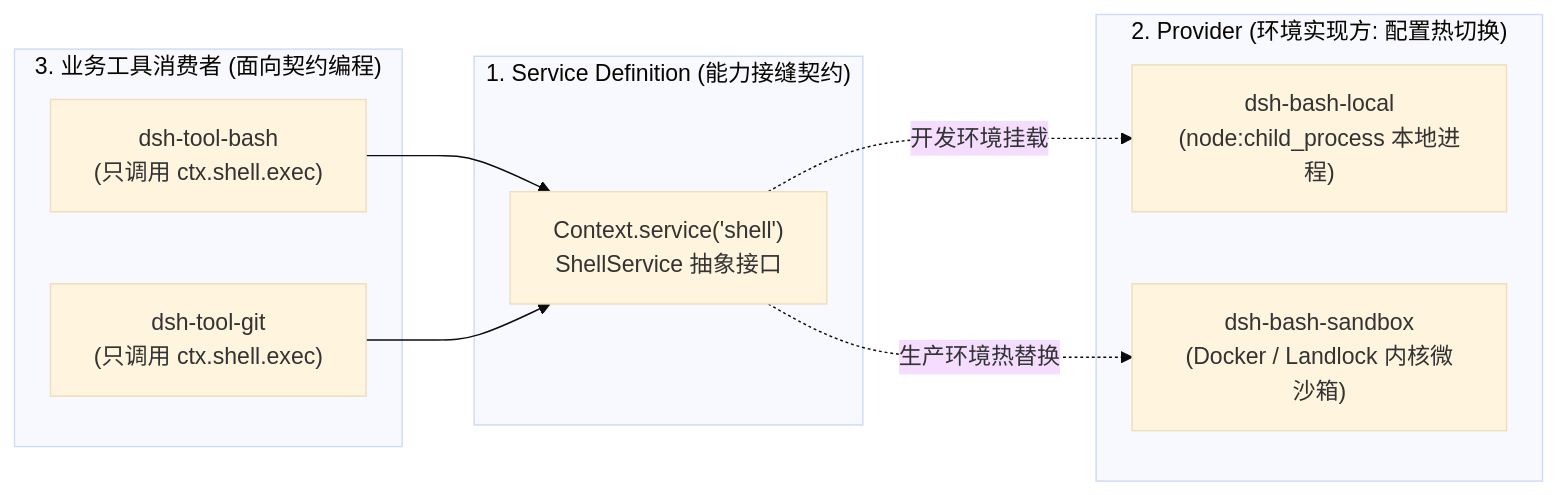
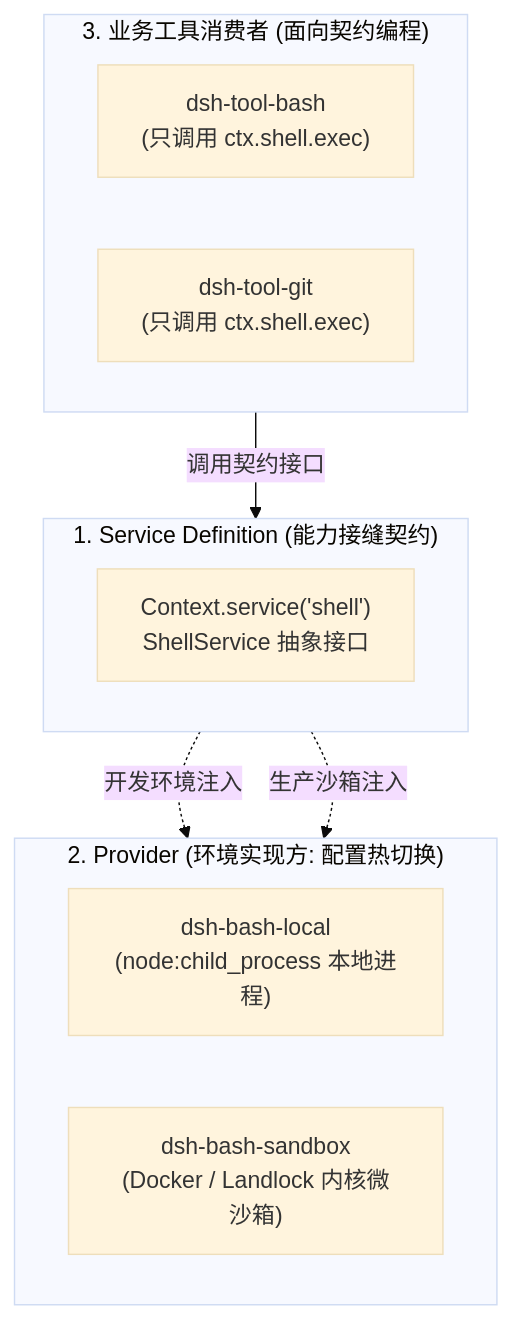
One commit to SXP-Simon/SXP-Simon.github.io changed the fifth of 5 diagrams in src/content/posts/plugin-architecture-evolution-koishi-astrbot-dsh.mdx. Above: the diagram before and after it, drawn with Mermaid (base theme). The commit also changed other lines of this file and 2 other files, not shown here.

Commit message:
feat(mermaid): optimize diagram layouts to vertical stacking and polish modern responsive styling

````diff
--- a/src/content/posts/plugin-architecture-evolution-koishi-astrbot-dsh.mdx
+++ b/src/content/posts/plugin-architecture-evolution-koishi-astrbot-dsh.mdx
@@ -382,21 +386,22 @@
 ```mermaid
-graph LR
+graph TD
     subgraph Consumer ["3. 业务工具消费者 (面向契约编程)"]
+        direction LR
         TB["dsh-tool-bash<br/>(只调用 ctx.shell.exec)"]
         TG["dsh-tool-git<br/>(只调用 ctx.shell.exec)"]
     end
 
     subgraph Seam ["1. Service Definition (能力接缝契约)"]
         SEAM["Context.service('shell')<br/>ShellService 抽象接口"]
     end
 
     subgraph Providers ["2. Provider (环境实现方: 配置热切换)"]
+        direction LR
         PL["dsh-bash-local<br/>(node:child_process 本地进程)"]
         PS["dsh-bash-sandbox<br/>(Docker / Landlock 内核微沙箱)"]
     end
 
-    TB --> SEAM
-    TG --> SEAM
-    SEAM -.->|开发环境挂载| PL
-    SEAM -.->|生产环境热替换| PS
+    Consumer -->|"调用契约接口"| Seam
+    Seam -.->|"开发环境注入"| PL
+    Seam -.->|"生产沙箱注入"| PS
 ```
````
